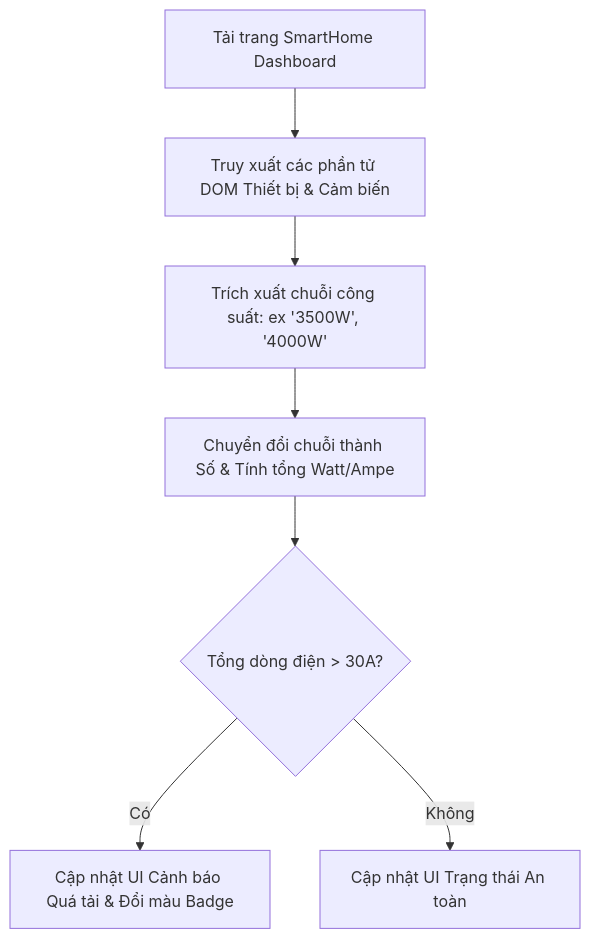
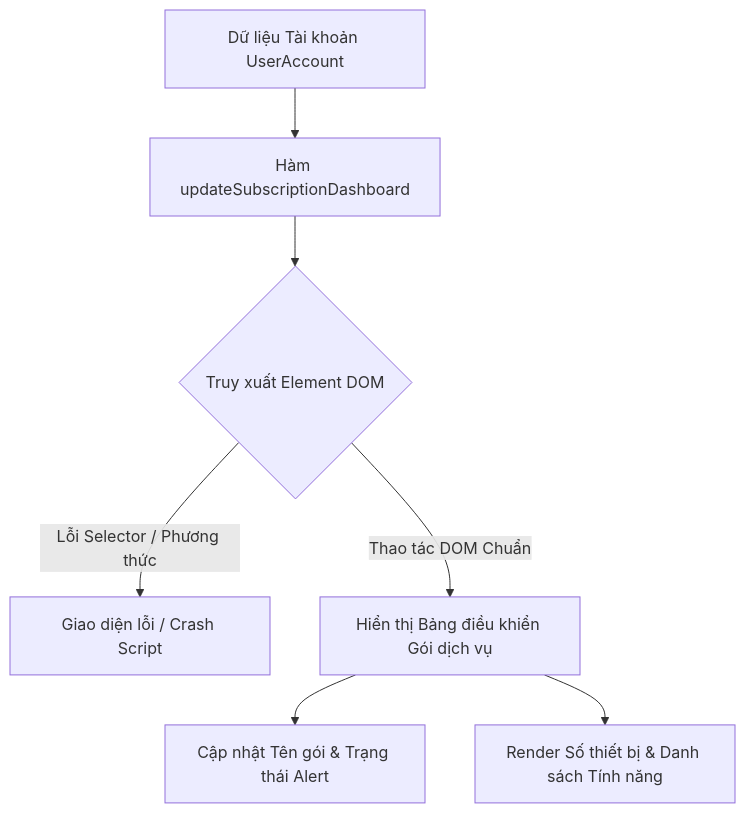
The diagram in output/pms/Phát_triển_ứng_dụng_web/Session 17 - Tương tác DOM API (Document Object Model)- Truy xuất và Thay đổi Nội dung/Bài tập/bai_tap_1.md (ngoquy12/learning_material), drawn with Mermaid before and after one commit. The commit also changed other lines of this file and 116 other files, not shown here.

Commit message:
fix(homework): standardize 15-exercise Bloom suite naming convention, add synthesis/mindmap exercises, clean legacy stubs, and integrate HomeworkReviewerAgent

````diff
--- a/output/pms/Phát_triển_ứng_dụng_web/Session 17 - Tương tác DOM API (Document Object Model)- Truy xuất và Thay đổi Nội dung/Bài tập/bai_tap_1.md
+++ b/output/pms/Phát_triển_ứng_dụng_web/Session 17 - Tương tác DOM API (Document Object Model)- Truy xuất và Thay đổi Nội dung/Bài tập/bai_tap_1.md
@@ -18,9 +19,9 @@
 ```mermaid
-graph TD
-    A[Tải trang SmartHome Dashboard] --> B[Truy xuất các phần tử DOM Thiết bị & Cảm biến]
-    B --> C[Trích xuất chuỗi công suất: ex '3500W', '4000W']
-    C --> D[Chuyển đổi chuỗi thành Số & Tính tổng Watt/Ampe]
-    D --> E{Tổng dòng điện > 30A?}
-    E -- Có --> F[Cập nhật UI Cảnh báo Quá tải & Đổi màu Badge]
-    E -- Không --> G[Cập nhật UI Trạng thái An toàn]
+flowchart TD
+    A[Dữ liệu Tài khoản UserAccount] --> B[Hàm updateSubscriptionDashboard]
+    B --> C{Truy xuất Element DOM}
+    C -->|Lỗi Selector / Phương thức| D[Giao diện lỗi / Crash Script]
+    C -->|Thao tác DOM Chuẩn| E[Hiển thị Bảng điều khiển Gói dịch vụ]
+    E --> F[Cập nhật Tên gói & Trạng thái Alert]
+    E --> G[Render Số thiết bị & Danh sách Tính năng]
 ```
````
